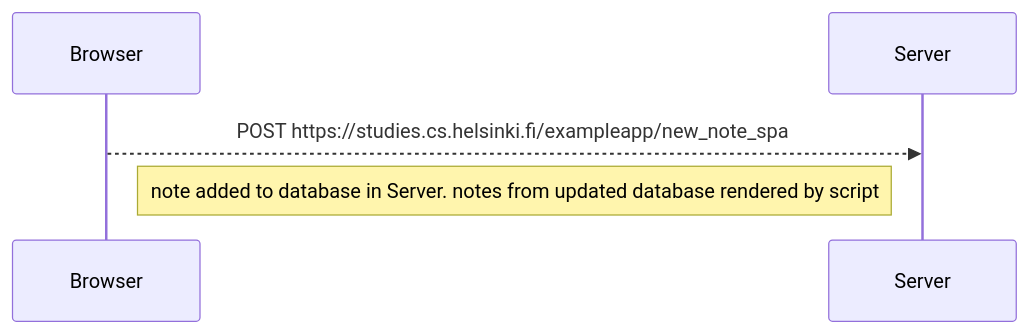
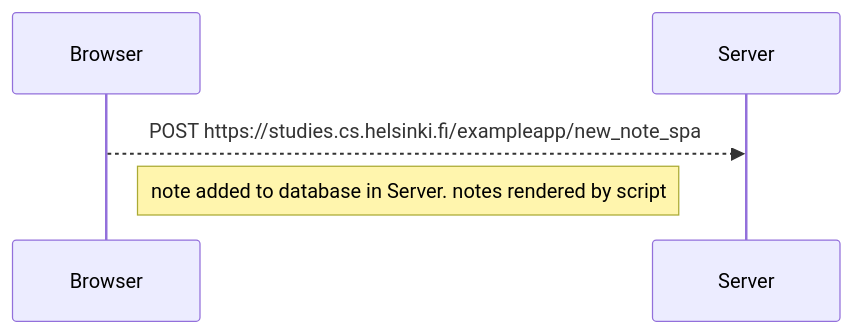
One commit to bnfcj/fullstackopen changed the diagram in part0/06.md. Above: the diagram before and after it, drawn with Mermaid.

Commit message:
corrected part06

````diff
--- a/part0/06.md
+++ b/part0/06.md
@@ -1,6 +1,6 @@
 ```mermaid
     sequenceDiagram
         Browser -->> Server: POST https://studies.cs.helsinki.fi/exampleapp/new_note_spa
-        Note right of Browser: note added to database in Server. notes from updated database rendered by script
+        Note right of Browser: note added to database in Server. notes rendered by script
 
 ```
````
